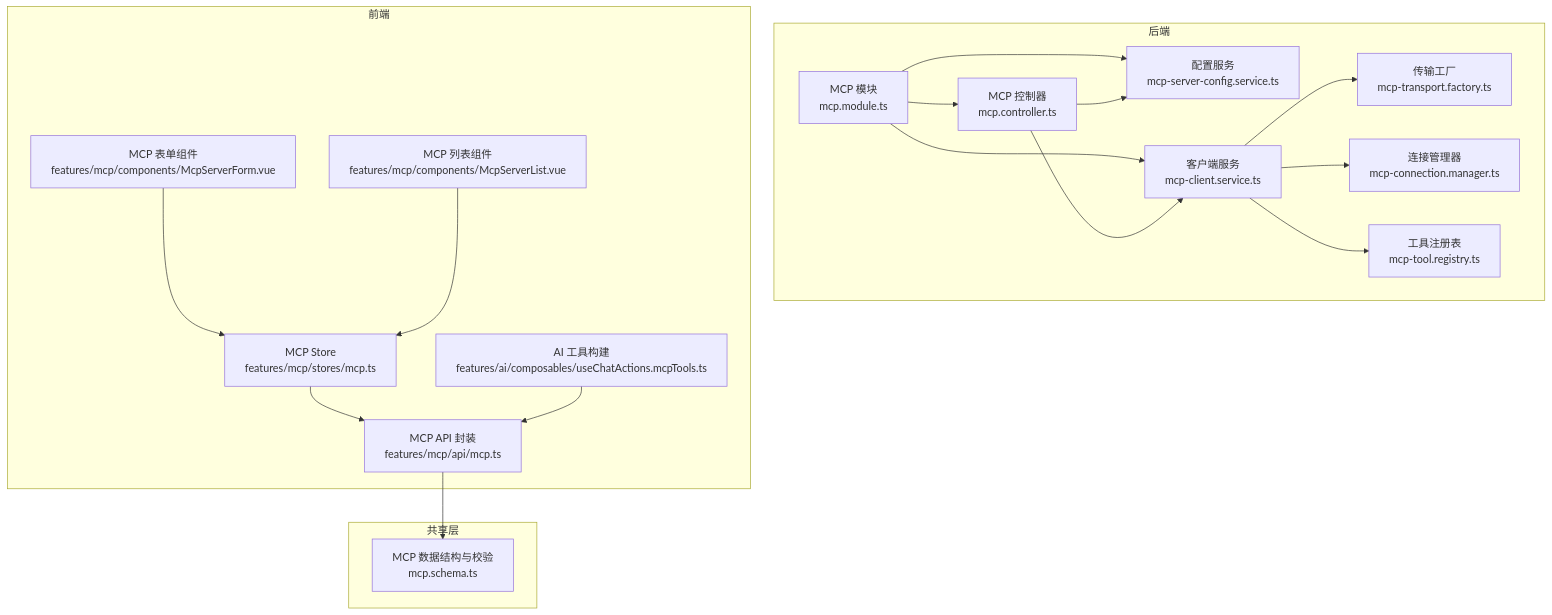
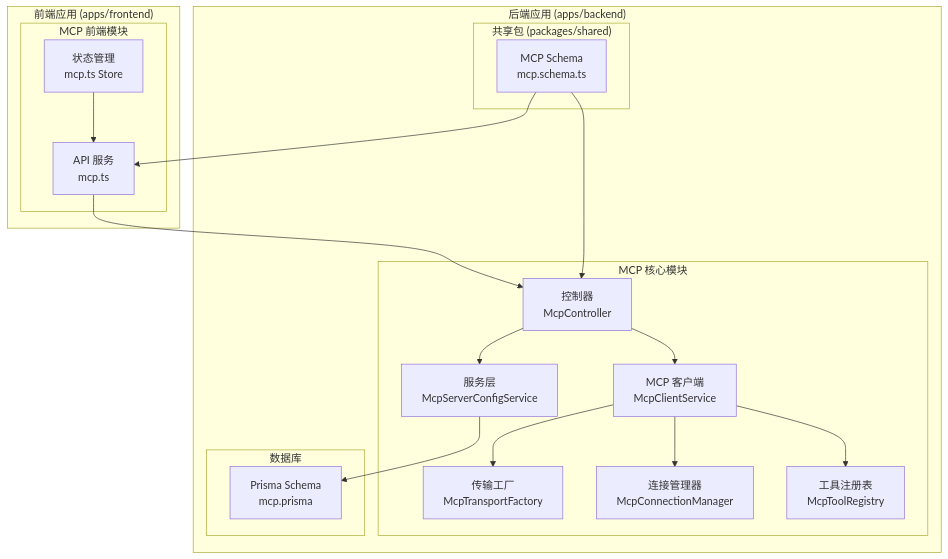
Before and after one commit to xixixiaoyu/Todo: the first of 6 diagrams in .qoder/repowiki/zh/content/API 接口文档/MCP 协议 API.md, drawn with Mermaid. The commit also changed other lines of this file and 77 other files, not shown here.

````diff
--- a/.qoder/repowiki/zh/content/API 接口文档/MCP 协议 API.md
+++ b/.qoder/repowiki/zh/content/API 接口文档/MCP 协议 API.md
@@ -47,35 +42,35 @@
 ```mermaid
 graph TB
-subgraph "后端"
-M["MCP 模块<br/>mcp.module.ts"]
-C["MCP 控制器<br/>mcp.controller.ts"]
-S["配置服务<br/>mcp-server-config.service.ts"]
-CL["客户端服务<br/>mcp-client.service.ts"]
-TF["传输工厂<br/>mcp-transport.factory.ts"]
-CM["连接管理器<br/>mcp-connection.manager.ts"]
-TR["工具注册表<br/>mcp-tool.registry.ts"]
+subgraph "后端应用 (apps/backend)"
+subgraph "MCP 核心模块"
+MC[控制器<br/>McpController]
+SC[服务层<br/>McpServerConfigService]
+CC[MCP 客户端<br/>McpClientService]
+TM[传输工厂<br/>McpTransportFactory]
+CM[连接管理器<br/>McpConnectionManager]
+TR[工具注册表<br/>McpToolRegistry]
 end
-subgraph "共享层"
-SH["MCP 数据结构与校验<br/>mcp.schema.ts"]
+subgraph "共享包 (packages/shared)"
+MS[MCP Schema<br/>mcp.schema.ts]
 end
-subgraph "前端"
-FE_API["MCP API 封装<br/>features/mcp/api/mcp.ts"]
-FE_STORE["MCP Store<br/>features/mcp/stores/mcp.ts"]
-FE_FORM["MCP 表单组件<br/>features/mcp/components/McpServerForm.vue"]
-FE_LIST["MCP 列表组件<br/>features/mcp/components/McpServerList.vue"]
-FE_AI["AI 工具构建<br/>features/ai/composables/useChatActions.mcpTools.ts"]
+subgraph "数据库"
+PRISMA[Prisma Schema<br/>mcp.prisma]
 end
-M --> C
-M --> S
-M --> CL
-CL --> TF
-CL --> CM
-CL --> TR
-C --> S
-C --> CL
-FE_API --> SH
-FE_STORE --> FE_API
-FE_FORM --> FE_STORE
-FE_LIST --> FE_STORE
-FE_AI --> FE_API
+end
+subgraph "前端应用 (apps/frontend)"
+subgraph "MCP 前端模块"
+FA[API 服务<br/>mcp.ts]
+FS[状态管理<br/>mcp.ts Store]
+end
+end
+MC --> SC
+MC --> CC
+CC --> TM
+CC --> CM
+CC --> TR
+SC --> PRISMA
+FA --> MC
+FS --> FA
+MS --> MC
+MS --> FA
 ```
````
